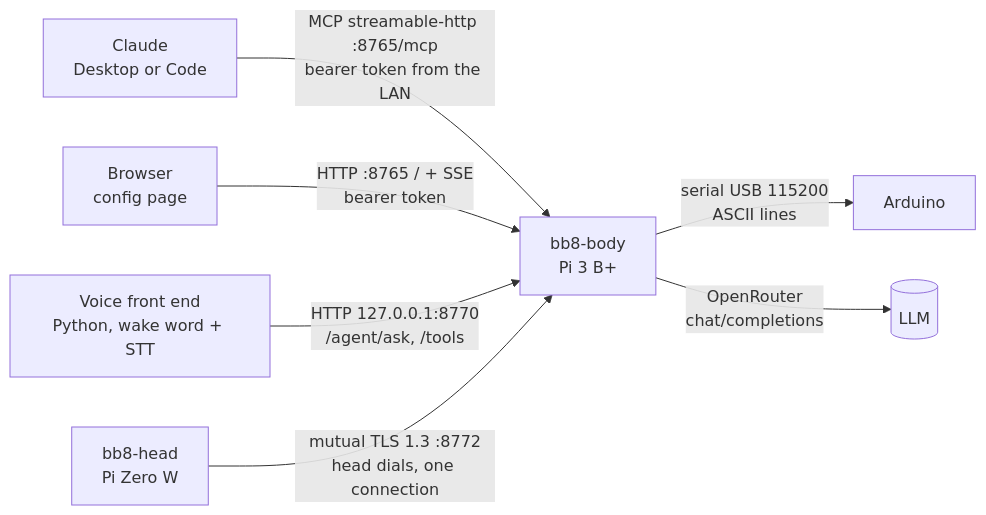
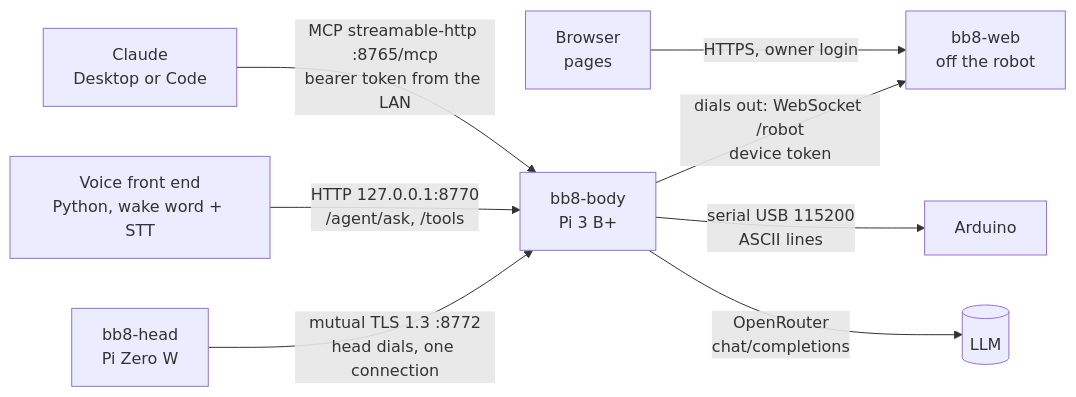
One commit to erickdsama/bb8 changed the diagram in wiki/Protocolo.md. Above: the diagram before and after it, drawn with Mermaid. The commit also changed other lines of this file and 11 other files, not shown here.

Commit message:
Docs: the pages are bb8-web's, not the robot's :8765; CLAUDE.md folders up to date Co-Authored-By: Claude Opus 5.5 <noreply@anthropic.com> Claude-Session: https://claude.ai/code/session_017T23EvtQcXMZahTxybsatq

````diff
--- a/wiki/Protocolo.md
+++ b/wiki/Protocolo.md
@@ -16,9 +16,10 @@
 ```mermaid
 flowchart LR
   CL[Claude<br/>Desktop or Code] -->|MCP streamable-http :8765/mcp<br/>bearer token from the LAN| B
-  WEB[Browser<br/>config page] -->|HTTP :8765 / + SSE<br/>bearer token| B
+  WEB[Browser<br/>pages] -->|HTTPS, owner login| BW[bb8-web<br/>off the robot]
+  B -->|dials out: WebSocket /robot<br/>device token| BW
   VOZ[Voice front end<br/>Python, wake word + STT] -->|HTTP 127.0.0.1:8770<br/>/agent/ask, /tools| B
   B[bb8-body<br/>Pi 3 B+] -->|serial USB 115200<br/>ASCII lines| AR[Arduino]
   H[bb8-head<br/>Pi Zero W] -->|mutual TLS 1.3 :8772<br/>head dials, one connection| B
   B -->|OpenRouter<br/>chat/completions| OR[(LLM)]
 ```
````
